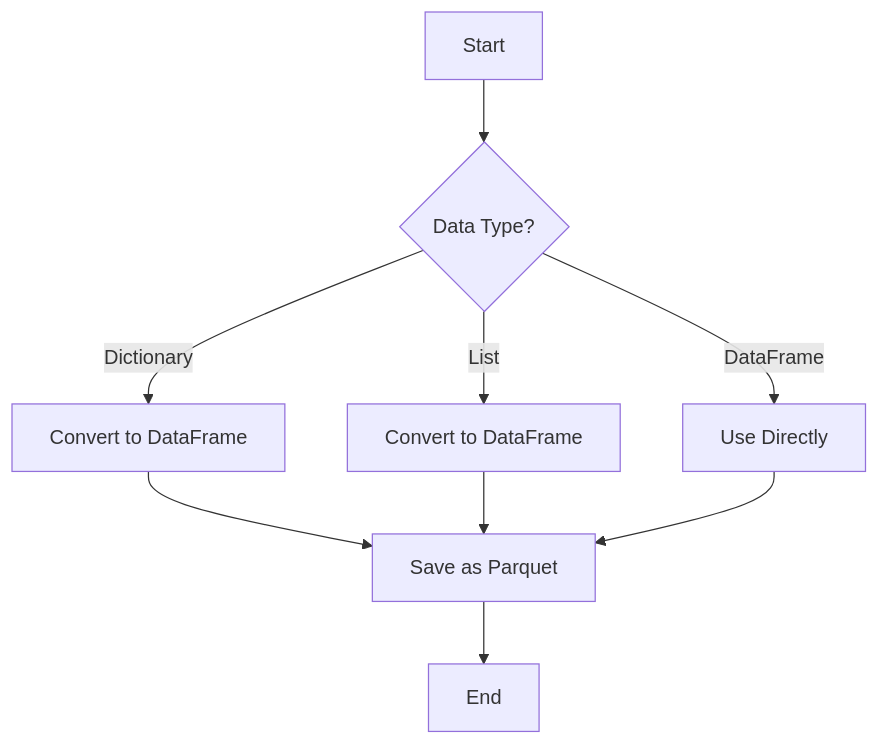
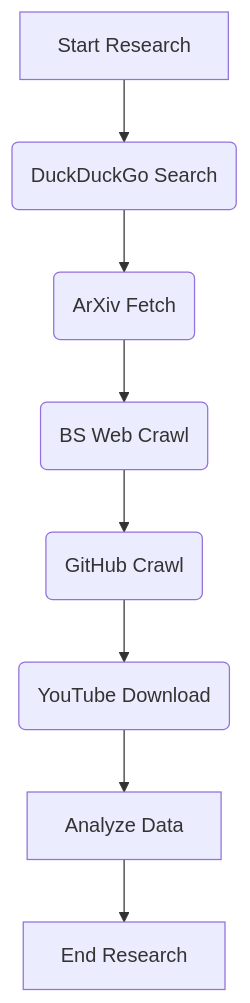
One commit to Ollama-Agent-Roll-Cage/oarc-crawlers changed the third of 5 diagrams in docs/Specification.md. Above: the diagram before and after it, drawn with Mermaid. The commit also changed other lines of this file and 2 other files, not shown here.

````diff
--- a/docs/Specification.md
+++ b/docs/Specification.md
@@ -148,11 +186,10 @@
 ```mermaid
-flowchart TD
-    A[Start] --> B{Data Type?}
-    B -->|Dictionary| C[Convert to DataFrame]
-    B -->|List| D[Convert to DataFrame]
-    B -->|DataFrame| E[Use Directly]
-    C --> F[Save as Parquet]
-    D --> F
-    E --> F
-    F --> G[End]
+graph TD
+    A[Start Research] --> B(DuckDuckGo Search);
+    B --> C(ArXiv Fetch);
+    C --> D(BS Web Crawl);
+    D --> E(GitHub Crawl);
+    E --> F(YouTube Download);
+    F --> G[Analyze Data];
+    G --> H[End Research];
 ```
````
